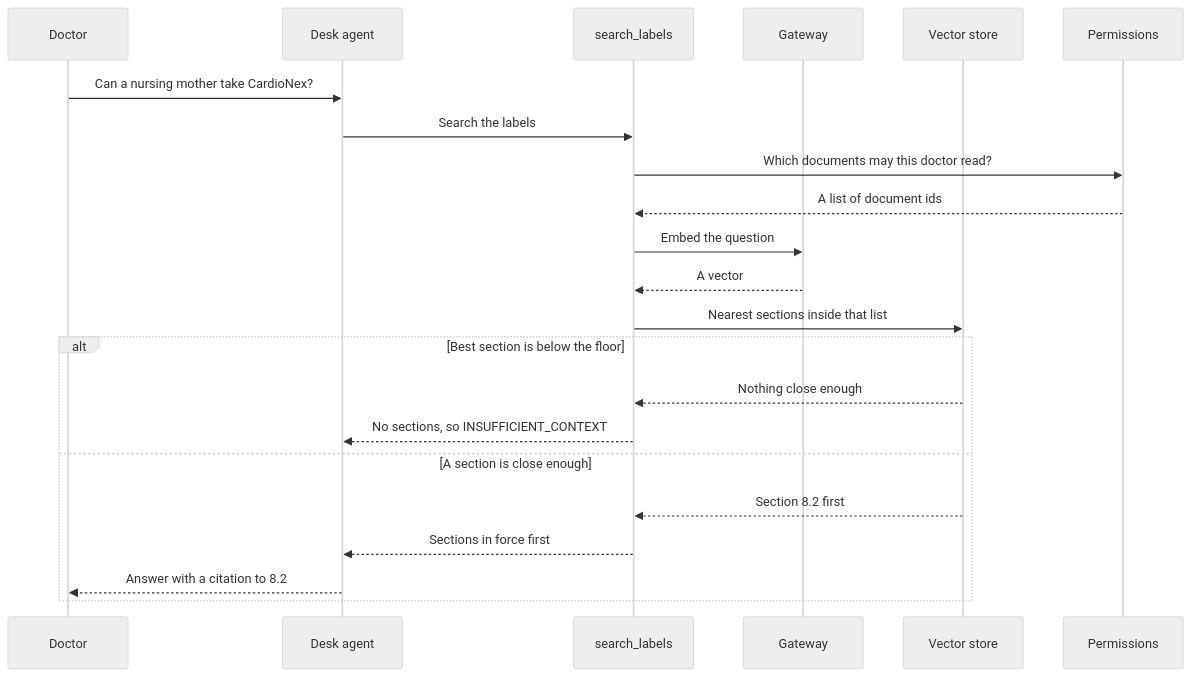
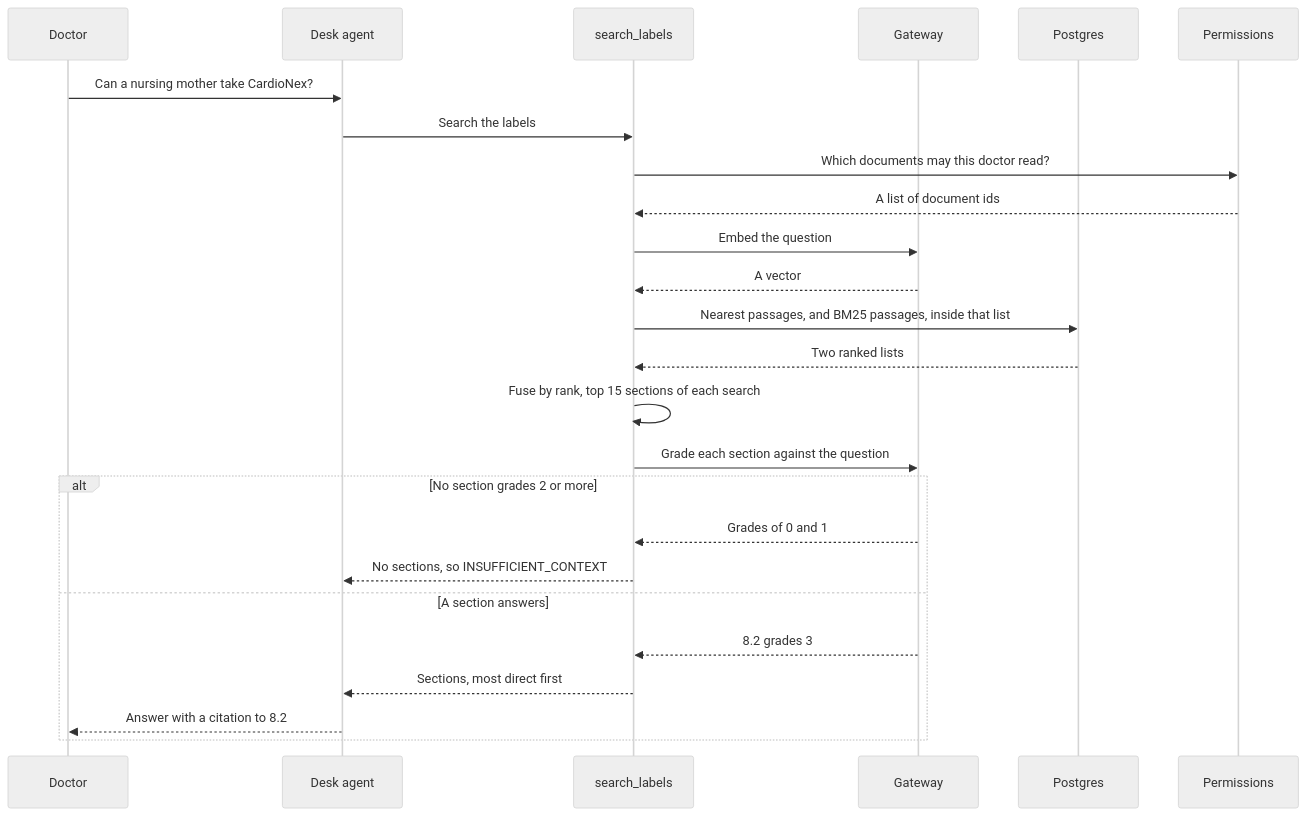
The first of 2 diagrams in docs/learner/20-rag.md (learnwithparam/agentic-ai-buildcamp), drawn with Mermaid (neutral theme) before and after one commit. The commit also changed other lines of this file and 89 other files, not shown here.

````diff
--- a/docs/learner/20-rag.md
+++ b/docs/learner/20-rag.md
@@ -47,24 +53,27 @@
 ```mermaid
 sequenceDiagram
     participant D as Doctor
     participant A as Desk agent
     participant S as search_labels
     participant G as Gateway
-    participant P as Vector store
+    participant P as Postgres
     participant F as Permissions
     D->>A: Can a nursing mother take CardioNex?
     A->>S: Search the labels
     S->>F: Which documents may this doctor read?
     F-->>S: A list of document ids
     S->>G: Embed the question
     G-->>S: A vector
-    S->>P: Nearest sections inside that list
-    alt Best section is below the floor
-        P-->>S: Nothing close enough
+    S->>P: Nearest passages, and BM25 passages, inside that list
+    P-->>S: Two ranked lists
+    S->>S: Fuse by rank, top 15 sections of each search
+    S->>G: Grade each section against the question
+    alt No section grades 2 or more
+        G-->>S: Grades of 0 and 1
         S-->>A: No sections, so INSUFFICIENT_CONTEXT
-    else A section is close enough
-        P-->>S: Section 8.2 first
-        S-->>A: Sections in force first
+    else A section answers
+        G-->>S: 8.2 grades 3
+        S-->>A: Sections, most direct first
         A-->>D: Answer with a citation to 8.2
     end
 ```
````
